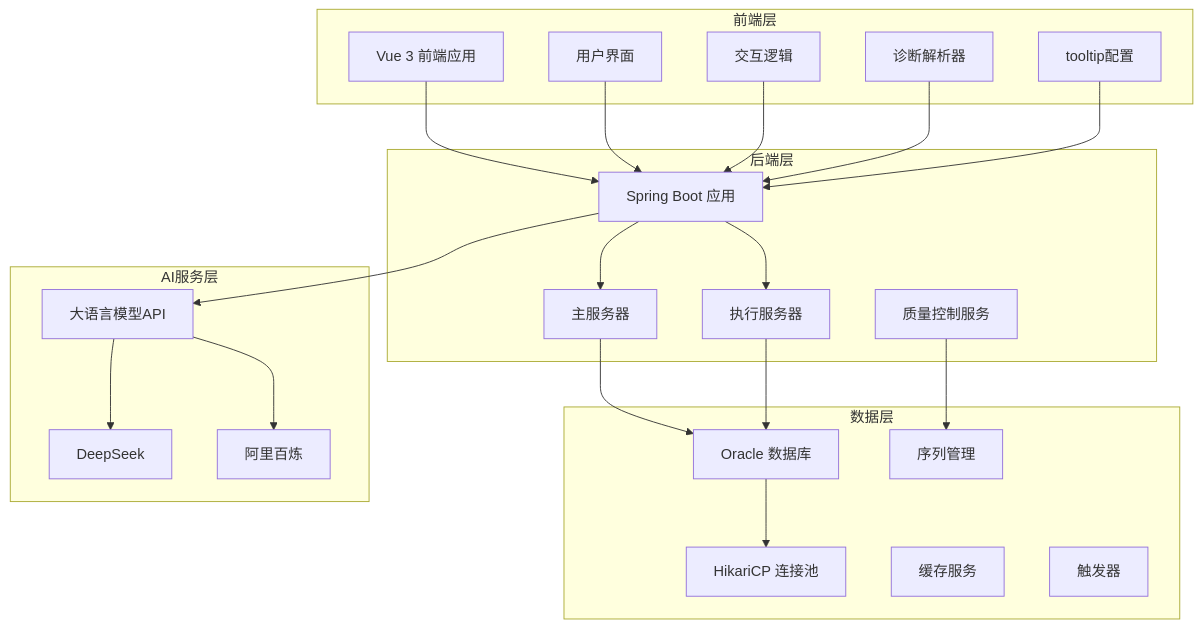
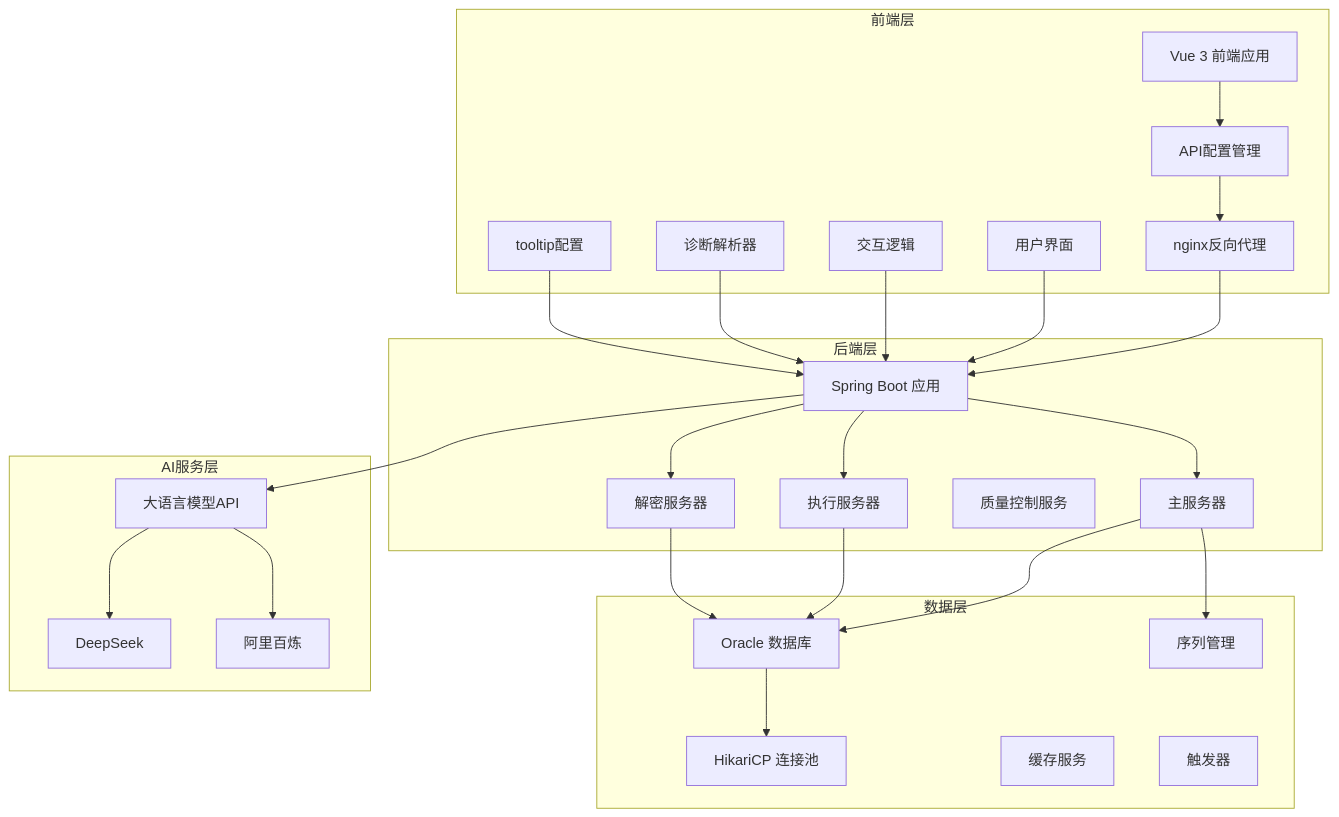
One commit to liuzh2008/med_ai_assistant_workspace changed the fourth of 31 diagrams in .qoder/repowiki/zh/content/Update Summary/Update Summary.md. Above: the diagram before and after it, drawn with Mermaid. The commit also changed other lines of this file and 4 other files, not shown here.

````diff
--- a/.qoder/repowiki/zh/content/Update Summary/Update Summary.md
+++ b/.qoder/repowiki/zh/content/Update Summary/Update Summary.md
@@ -180,42 +200,49 @@
 ```mermaid
 graph TB
 subgraph "前端层"
 A[Vue 3 前端应用]
 B[用户界面]
 C[交互逻辑]
 D[诊断解析器]
 E[tooltip配置]
+F[API配置管理]
+G[nginx反向代理]
 end
 subgraph "后端层"
-F[Spring Boot 应用]
-G[主服务器]
-H[执行服务器]
-I[质量控制服务]
+H[Spring Boot 应用]
+I[主服务器]
+J[执行服务器]
+K[质量控制服务]
+L[解密服务器]
 end
 subgraph "数据层"
-K[Oracle 数据库]
-L[HikariCP 连接池]
-M[缓存服务]
-N[序列管理]
-O[触发器]
+N[Oracle 数据库]
+O[HikariCP 连接池]
+P[缓存服务]
+Q[序列管理]
+R[触发器]
 end
 subgraph "AI服务层"
-P[大语言模型API]
-Q[DeepSeek]
-R[阿里百炼]
+S[大语言模型API]
+T[DeepSeek]
+U[阿里百炼]
 end
 A --> F
-B --> F
-C --> F
-D --> F
-E --> F
 F --> G
-F --> H
-G --> K
-H --> K
-K --> L
-F --> P
-P --> Q
-P --> R
+G --> H
+B --> H
+C --> H
+D --> H
+E --> H
+H --> I
+H --> J
+H --> L
 I --> N
+J --> N
+L --> N
+N --> O
+H --> S
+S --> T
+S --> U
+I --> Q
 ```
````
